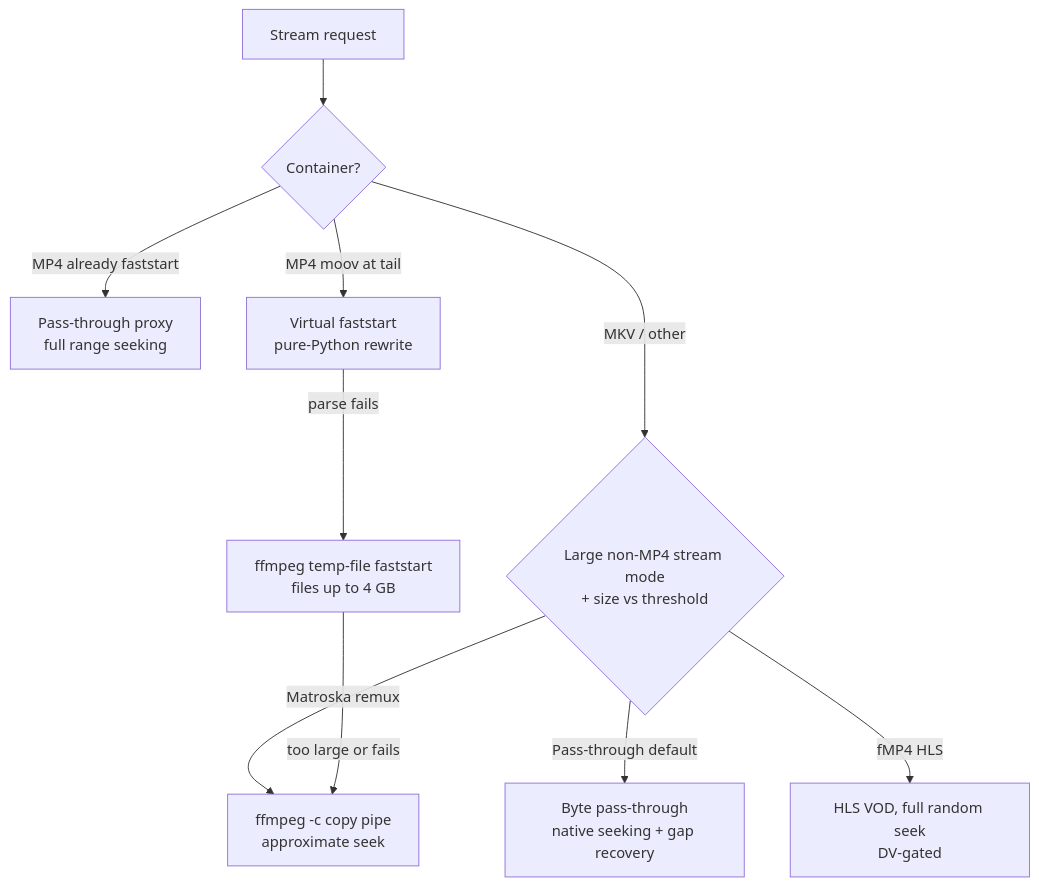
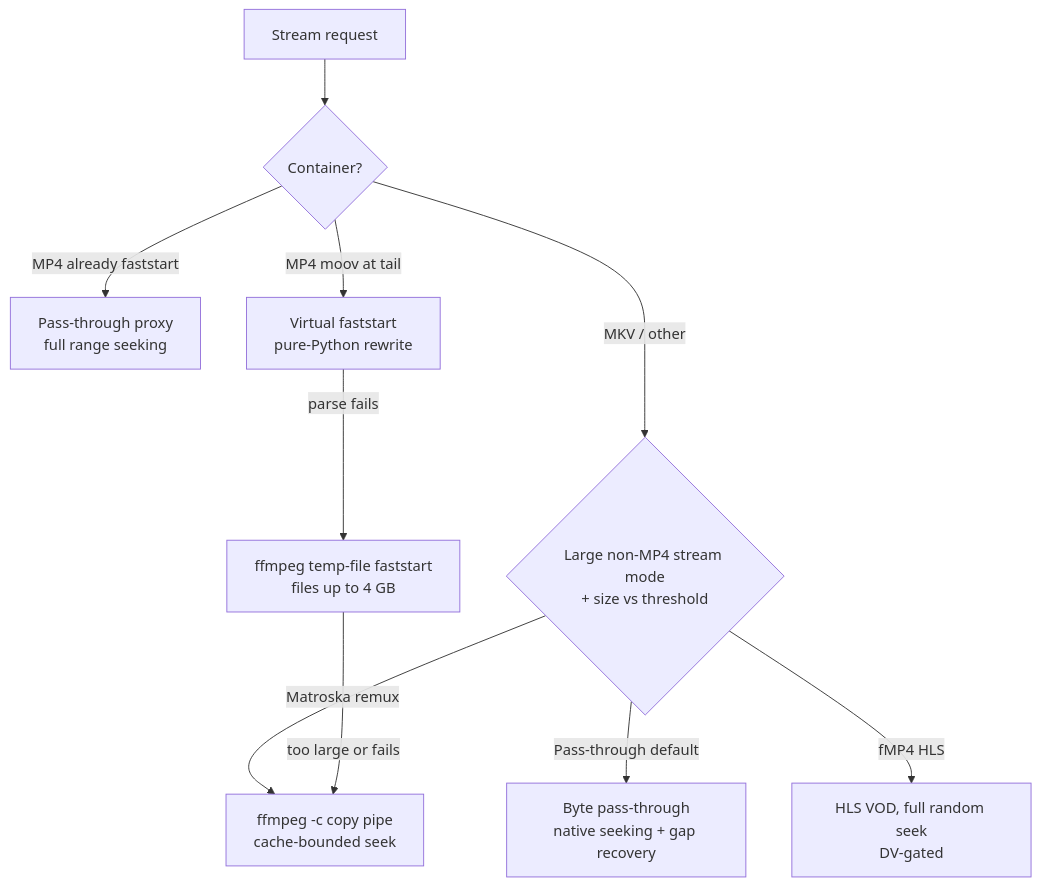
One commit to Appz4Fun/nzbdavkodi changed the diagram in docs-site/features/playback-and-remux.md. Above: the diagram before and after it, drawn with Mermaid. The commit also changed 4 other files, not shown here.

First line of the commit message:
docs: update proxy deep-dive and TODO; fix Matroska seek claims

````diff
--- a/docs-site/features/playback-and-remux.md
+++ b/docs-site/features/playback-and-remux.md
@@ -25,12 +25,12 @@
 ```mermaid
 flowchart TD
     A[Stream request] --> B{Container?}
     B -->|MP4 already faststart| C[Pass-through proxy<br/>full range seeking]
     B -->|MP4 moov at tail| D[Virtual faststart<br/>pure-Python rewrite]
     B -->|MKV / other| E{Large non-MP4 stream mode<br/>+ size vs threshold}
     E -->|Pass-through default| F[Byte pass-through<br/>native seeking + gap recovery]
-    E -->|Matroska remux| G[ffmpeg -c copy pipe<br/>approximate seek]
+    E -->|Matroska remux| G[ffmpeg -c copy pipe<br/>cache-bounded seek]
     E -->|fMP4 HLS| H[HLS VOD, full random seek<br/>DV-gated]
     D -->|parse fails| T[ffmpeg temp-file faststart<br/>files up to 4 GB]
     T -->|too large or fails| G
 ```
````
